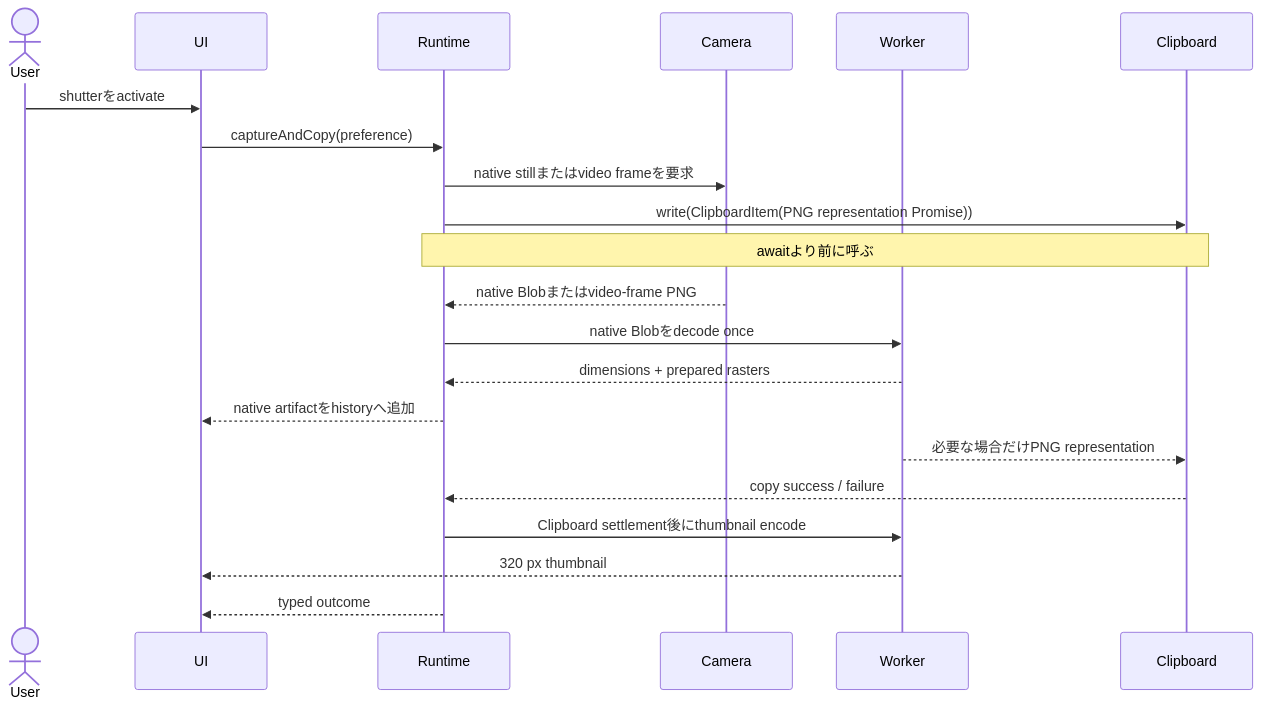
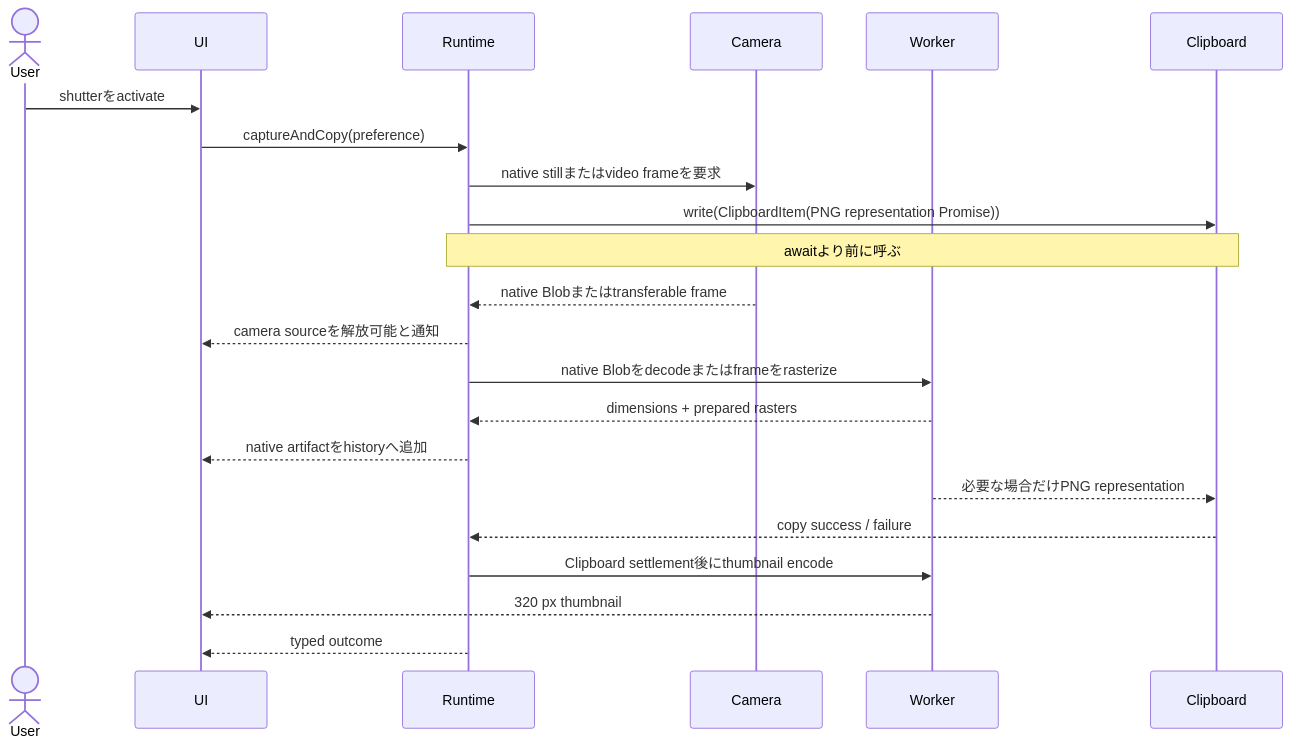
Before and after one commit to bem130/webcam-app: the third of 4 diagrams in docs/design.md, drawn with Mermaid. The commit also changed other lines of this file and 3 other files, not shown here.

````diff
--- a/docs/design.md
+++ b/docs/design.md
@@ -297,23 +304,24 @@
 ```mermaid
 sequenceDiagram
     actor User
     participant UI
     participant Runtime
     participant Camera
     participant Worker
     participant Clipboard
     User->>UI: shutterをactivate
     UI->>Runtime: captureAndCopy(preference)
     Runtime->>Camera: native stillまたはvideo frameを要求
     Runtime->>Clipboard: write(ClipboardItem(PNG representation Promise))
     Note over Runtime,Clipboard: awaitより前に呼ぶ
-    Camera-->>Runtime: native Blobまたはvideo-frame PNG
-    Runtime->>Worker: native Blobをdecode once
+    Camera-->>Runtime: native Blobまたはtransferable frame
+    Runtime-->>UI: camera sourceを解放可能と通知
+    Runtime->>Worker: native Blobをdecodeまたはframeをrasterize
     Worker-->>Runtime: dimensions + prepared rasters
     Runtime-->>UI: native artifactをhistoryへ追加
     Worker-->>Clipboard: 必要な場合だけPNG representation
     Clipboard-->>Runtime: copy success / failure
     Runtime->>Worker: Clipboard settlement後にthumbnail encode
     Worker-->>UI: 320 px thumbnail
     Runtime-->>UI: typed outcome
 ```
````
